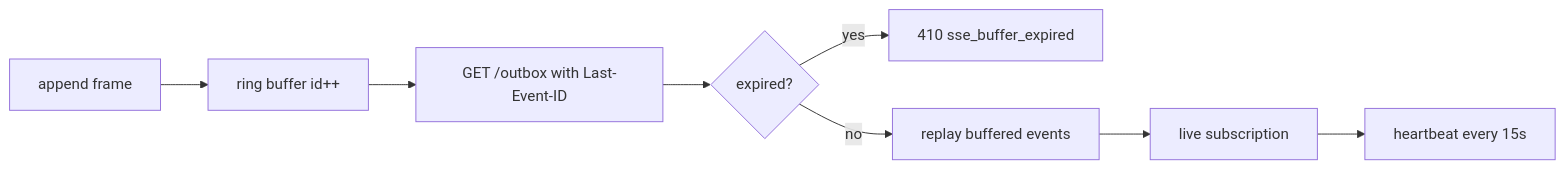
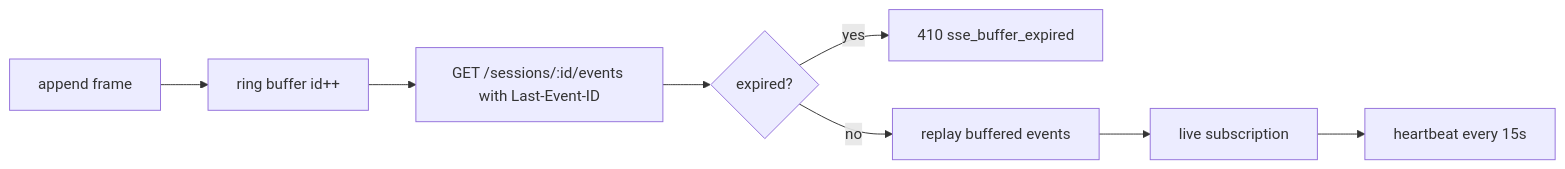
One commit to shazhou-ww/sumeru changed the diagram in cards/sse-reliability.md. Above: the diagram before and after it, drawn with Mermaid. The commit also changed other lines of this file and 16 other files, not shown here.

First line of the commit message:
docs(cards): update all architecture cards for V3 data model

````diff
--- a/cards/sse-reliability.md
+++ b/cards/sse-reliability.md
@@ -25,10 +25,10 @@
 ```mermaid
 flowchart LR
   A[append frame] --> B[ring buffer id++]
-  B --> C[GET /outbox with Last-Event-ID]
+  B --> C[GET /sessions/:id/events with Last-Event-ID]
   C --> D{expired?}
   D -- yes --> E[410 sse_buffer_expired]
   D -- no --> F[replay buffered events]
   F --> G[live subscription]
   G --> H[heartbeat every 15s]
 ```
````
